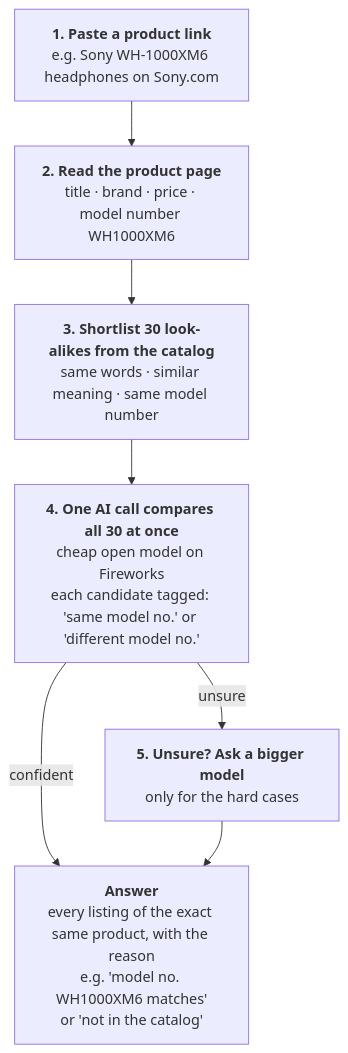
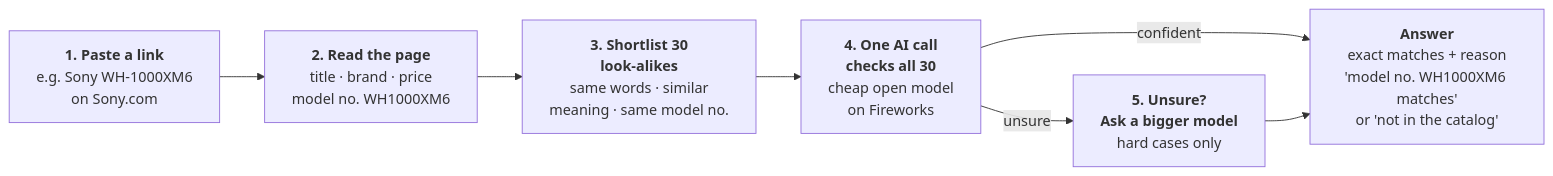
Before and after one commit to MihirSahu14/ExactMatch: the diagram in README.md, drawn with Mermaid.

Commit message:
README: horizontal architecture diagram

````diff
--- a/README.md
+++ b/README.md
@@ -47,12 +47,12 @@
 ```mermaid
-flowchart TD
-  A["<b>1. Paste a product link</b><br/>e.g. Sony WH-1000XM6 headphones on Sony.com"]
-  B["<b>2. Read the product page</b><br/>title · brand · price · model number WH1000XM6"]
-  C["<b>3. Shortlist 30 look-alikes from the catalog</b><br/>same words · similar meaning · same model number"]
-  D["<b>4. One AI call compares all 30 at once</b><br/>cheap open model on Fireworks<br/>each candidate tagged: 'same model no.' or 'different model no.'"]
-  E["<b>5. Unsure? Ask a bigger model</b><br/>only for the hard cases"]
-  F["<b>Answer</b><br/>every listing of the exact same product, with the reason<br/>e.g. 'model no. WH1000XM6 matches'<br/>or 'not in the catalog'"]
+flowchart LR
+  A["<b>1. Paste a link</b><br/>e.g. Sony WH-1000XM6<br/>on Sony.com"]
+  B["<b>2. Read the page</b><br/>title · brand · price<br/>model no. WH1000XM6"]
+  C["<b>3. Shortlist 30<br/>look-alikes</b><br/>same words · similar<br/>meaning · same model no."]
+  D["<b>4. One AI call<br/>checks all 30</b><br/>cheap open model<br/>on Fireworks"]
+  E["<b>5. Unsure?<br/>Ask a bigger model</b><br/>hard cases only"]
+  F["<b>Answer</b><br/>exact matches + reason<br/>'model no. WH1000XM6 matches'<br/>or 'not in the catalog'"]
   A --> B --> C --> D
   D -- "confident" --> F
   D -- "unsure" --> E --> F
 ```
````
